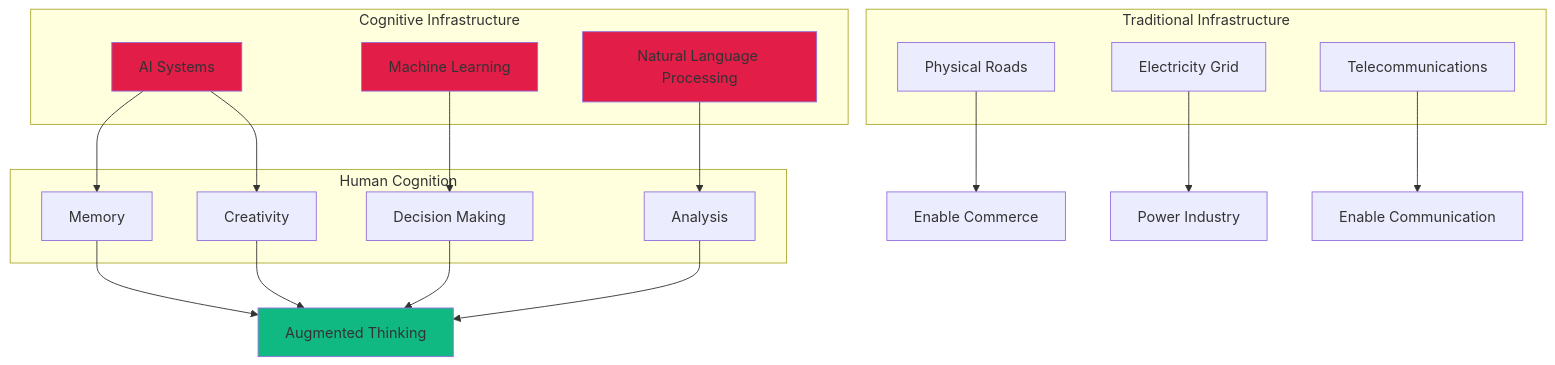
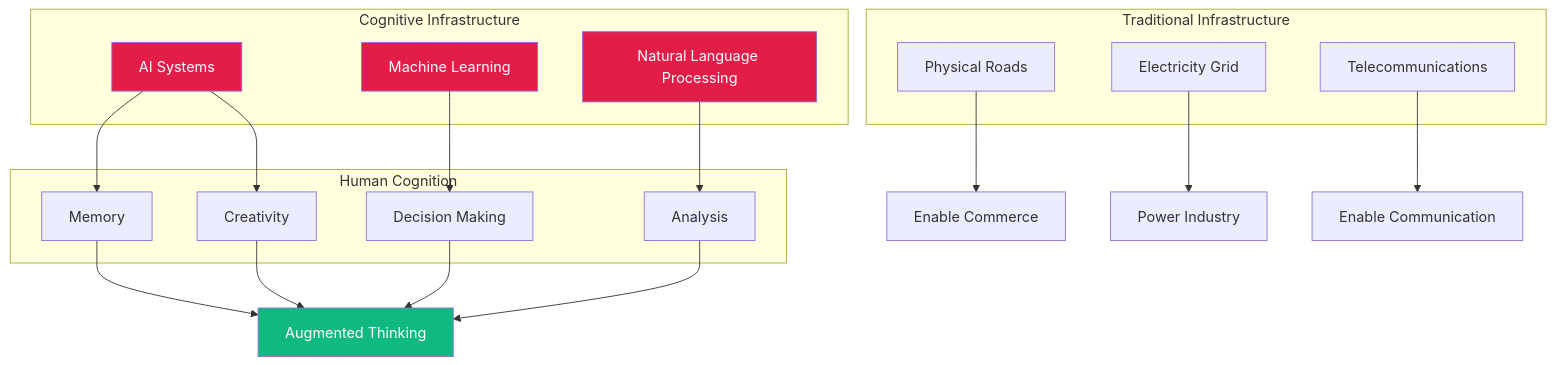
Before and after one commit to williamzujkowski/williamzujkowski.github.io: the first of 3 diagrams in src/posts/2025-08-09-ai-cognitive-infrastructure.md, drawn with Mermaid. The commit also changed other lines of this file and 40 other files, not shown here.

First line of the commit message:
fix(blog): add explicit text color to all mermaid classDef/style (#171)

````diff
--- a/src/posts/2025-08-09-ai-cognitive-infrastructure.md
+++ b/src/posts/2025-08-09-ai-cognitive-infrastructure.md
@@ -28,38 +28,38 @@
 ```mermaid
 flowchart TB
     subgraph traditionalinfrastructure["Traditional Infrastructure"]
         Roads[Physical Roads]
         Power[Electricity Grid]
         Telecom[Telecommunications]
     end
     subgraph cognitiveinfrastructure["Cognitive Infrastructure"]
         AI[AI Systems]
         ML[Machine Learning]
         NLP[Natural Language Processing]
     end
     subgraph humancognition["Human Cognition"]
         Memory[Memory]
         Decision[Decision Making]
         Analysis[Analysis]
         Creativity[Creativity]
     end
 
     Roads --> Commerce[Enable Commerce]
     Power --> Industry[Power Industry]
     Telecom --> Communication[Enable Communication]
 
     AI --> Memory
     ML --> Decision
     NLP --> Analysis
     AI --> Creativity
 
     Memory --> Thinking[Augmented Thinking]
     Decision --> Thinking
     Analysis --> Thinking
     Creativity --> Thinking
 
-    classDef aiStyle fill:#e11d48
-    classDef thinkStyle fill:#10b981
+    classDef aiStyle fill:#e11d48,color:#fff
+    classDef thinkStyle fill:#10b981,color:#fff
     class AI,ML,NLP aiStyle
     class Thinking thinkStyle
 ```
````
